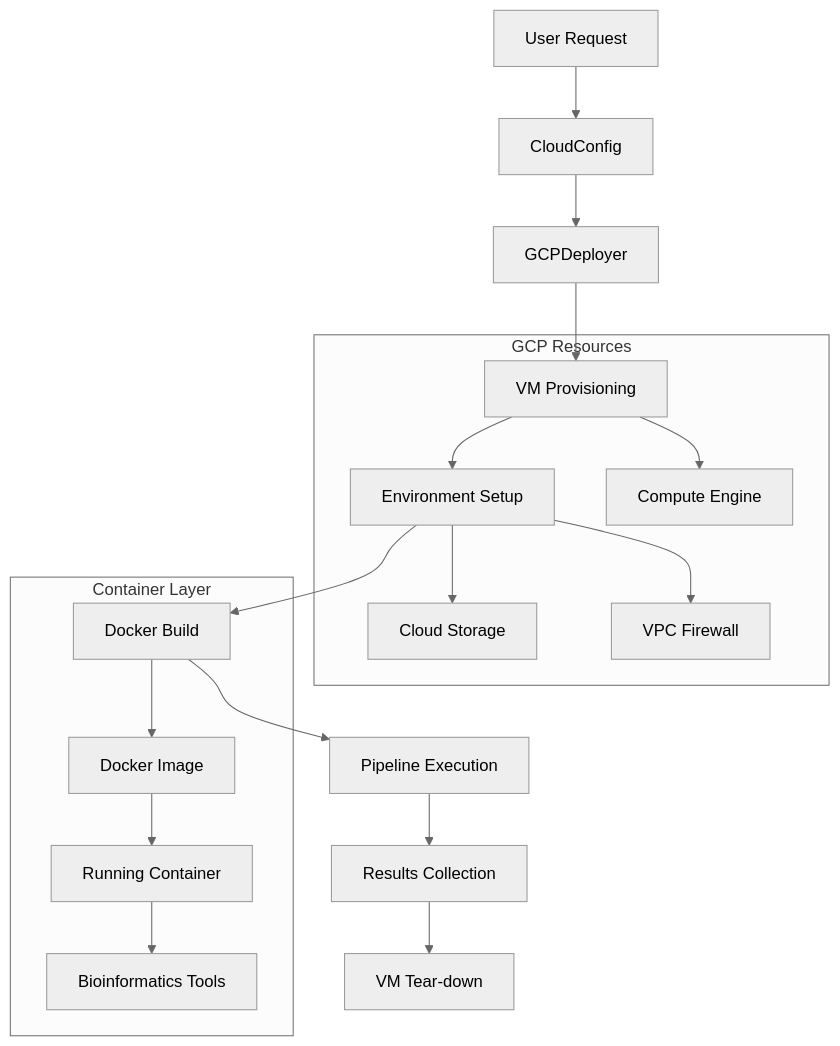
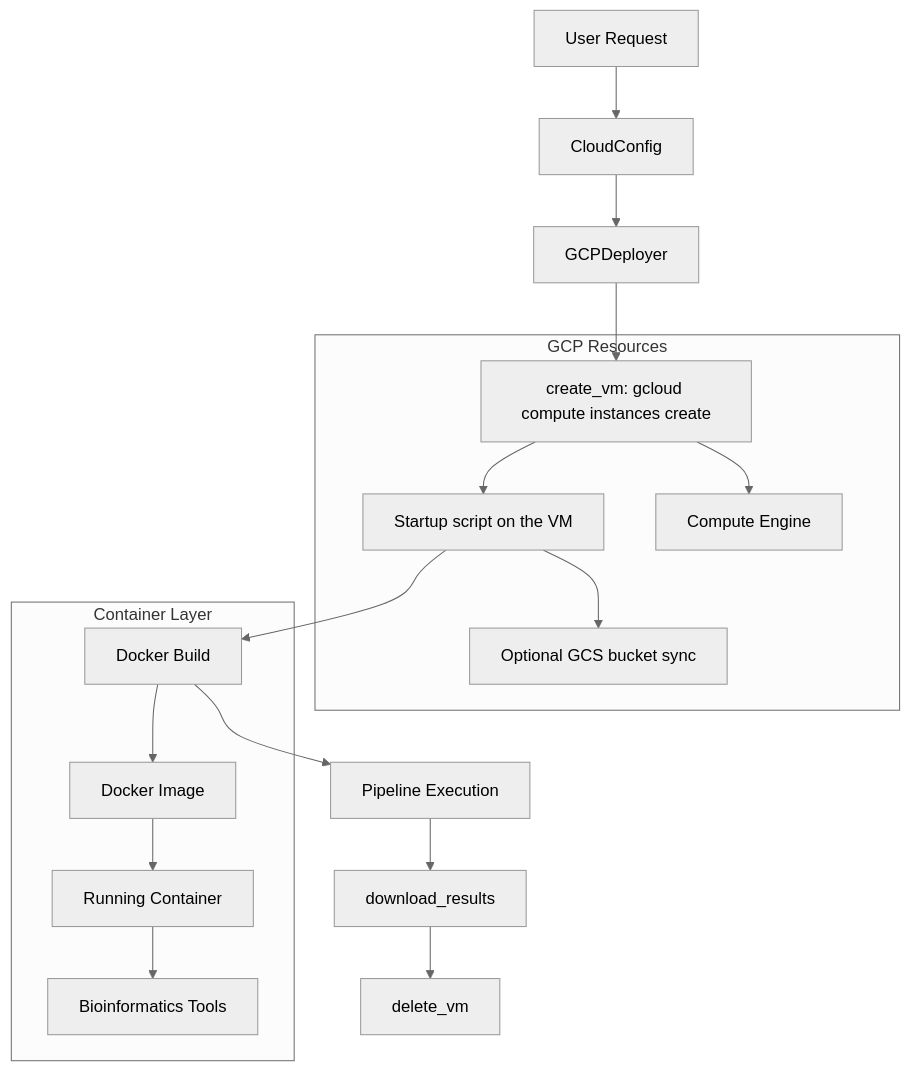
One commit to docxology/MetaInformAnt changed the diagram in docs/cloud/README.md. Above: the diagram before and after it, drawn with Mermaid (neutral theme). The commit also changed other lines of this file and 532 other files, not shown here.

````diff
--- a/docs/cloud/README.md
+++ b/docs/cloud/README.md
@@ -28,25 +27,24 @@
 ```mermaid
 flowchart TD
     A[User Request] --> B[CloudConfig]
     B --> C[GCPDeployer]
 
-    C --> D[VM Provisioning]
-    D --> E[Environment Setup]
+    C --> D[create_vm: gcloud compute instances create]
+    D --> E[Startup script on the VM]
     E --> F[Docker Build]
     F --> G[Pipeline Execution]
-    G --> H[Results Collection]
+    G --> H[download_results]
 
-    H --> I[VM Tear-down]
+    H --> I[delete_vm]
 
     subgraph "GCP Resources"
         D --> Compute[Compute Engine]
-        E --> Storage[Cloud Storage]
-        E --> Network[VPC Firewall]
+        E --> Storage[Optional GCS bucket sync]
     end
 
     subgraph "Container Layer"
         F --> Image[Docker Image]
         Image --> Container[Running Container]
         Container --> Tools[Bioinformatics Tools]
     end
 ```
````
